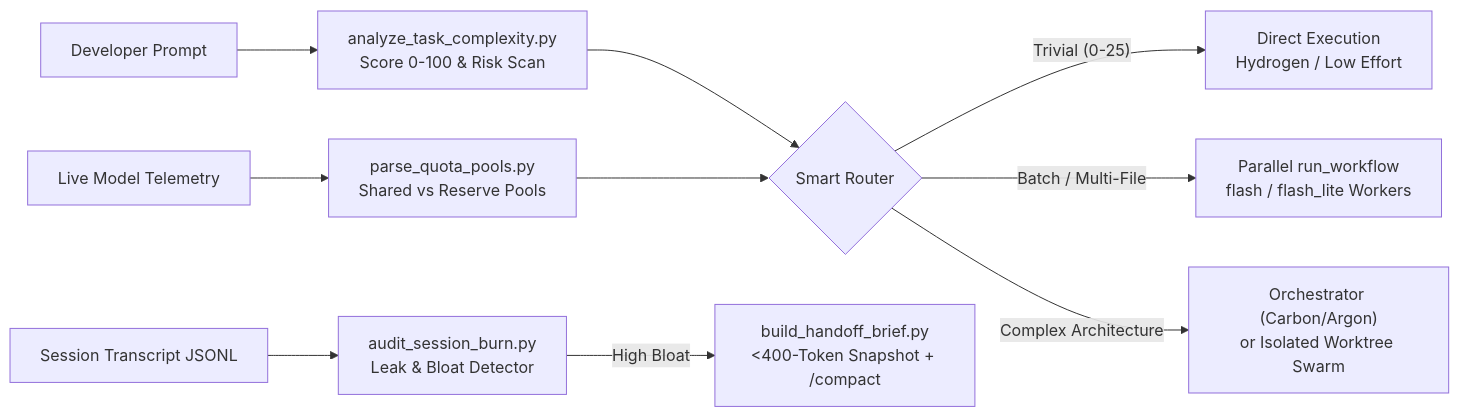
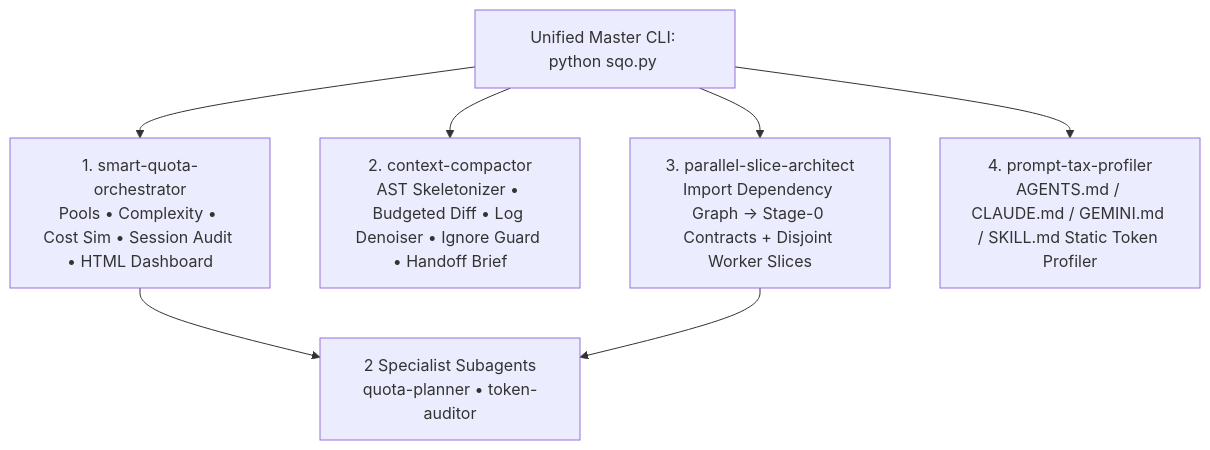
Before and after one commit to ElNeMeR70/smart-quota-orchestrator: the diagram in README.md, drawn with Mermaid. The commit also changed other lines of this file and 20 other files, not shown here.

Commit message:
feat!: upgrade to v2.0.0 suite (12 zero-dep CLI tools, 4 skills, 2 subagents, sqo master CLI & HTML dashboard)

````diff
--- a/README.md
+++ b/README.md
@@ -35,12 +35,10 @@
 ```mermaid
-flowchart LR
-    U["Developer Prompt"] --> C["analyze_task_complexity.py<br/>Score 0-100 & Risk Scan"]
-    Q["Live Model Telemetry"] --> P["parse_quota_pools.py<br/>Shared vs Reserve Pools"]
-    C --> R{"Smart Router"}
-    P --> R
-    R -->|"Trivial (0-25)"| H["Direct Execution<br/>Hydrogen / Low Effort"]
-    R -->|"Batch / Multi-File"| W["Parallel run_workflow<br/>flash / flash_lite Workers"]
-    R -->|"Complex Architecture"| O["Orchestrator (Carbon/Argon)<br/>or Isolated Worktree Swarm"]
-    T["Session Transcript JSONL"] --> A["audit_session_burn.py<br/>Leak & Bloat Detector"]
-    A -->|"High Bloat"| B["build_handoff_brief.py<br/><400-Token Snapshot + /compact"]
+flowchart TD
+    CLI["Unified Master CLI: python sqo.py <command>"]
+    CLI --> S1["1. smart-quota-orchestrator<br/>Pools • Complexity • Cost Sim • Session Audit • HTML Dashboard"]
+    CLI --> S2["2. context-compactor<br/>AST Skeletonizer • Budgeted Diff • Log Denoiser • Ignore Guard • Handoff Brief"]
+    CLI --> S3["3. parallel-slice-architect<br/>Import Dependency Graph -> Stage-0 Contracts + Disjoint Worker Slices"]
+    CLI --> S4["4. prompt-tax-profiler<br/>AGENTS.md / CLAUDE.md / GEMINI.md / SKILL.md Static Token Profiler"]
+    S1 --> AG["2 Specialist Subagents<br/>quota-planner • token-auditor"]
+    S3 --> AG
 ```
````
